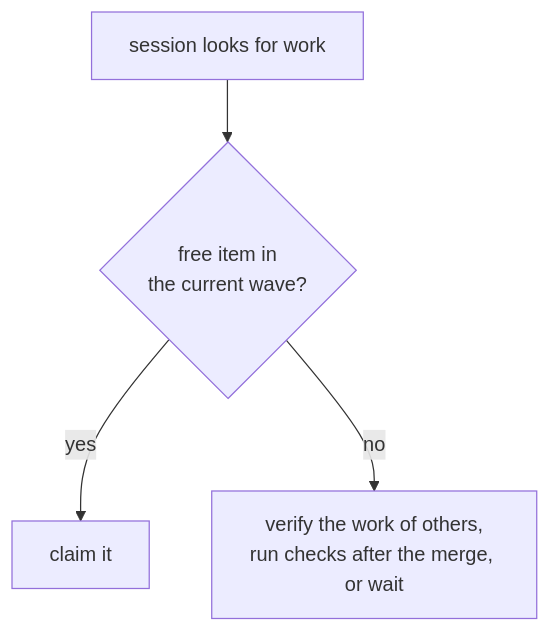
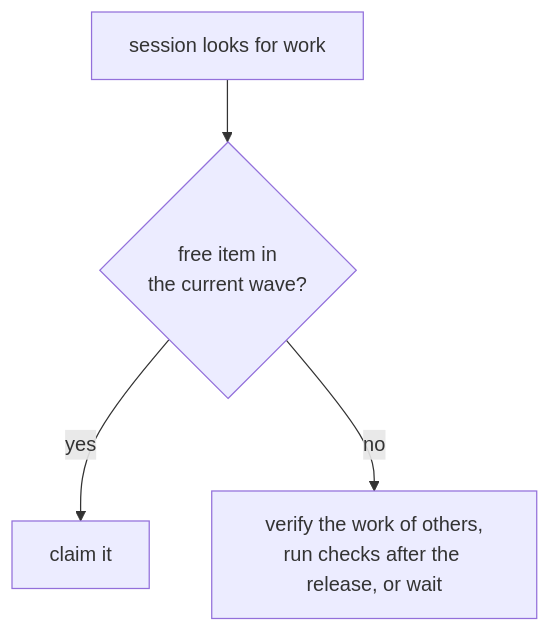
The first of 3 diagrams in docs/src/waves.md (como-technologies/riff), drawn with Mermaid before and after one commit. The commit also changed other lines of this file and 9 other files, not shown here.

````diff
--- a/docs/src/waves.md
+++ b/docs/src/waves.md
@@ -34,6 +34,6 @@
 ```mermaid
 flowchart TD
     S[session looks for work] --> C{"free item in<br/>the current wave?"}
     C -- yes --> T[claim it]
-    C -- no --> W["verify the work of others,<br/>run checks after the merge, or wait"]
+    C -- no --> W["verify the work of others,<br/>run checks after the release, or wait"]
 ```
````
